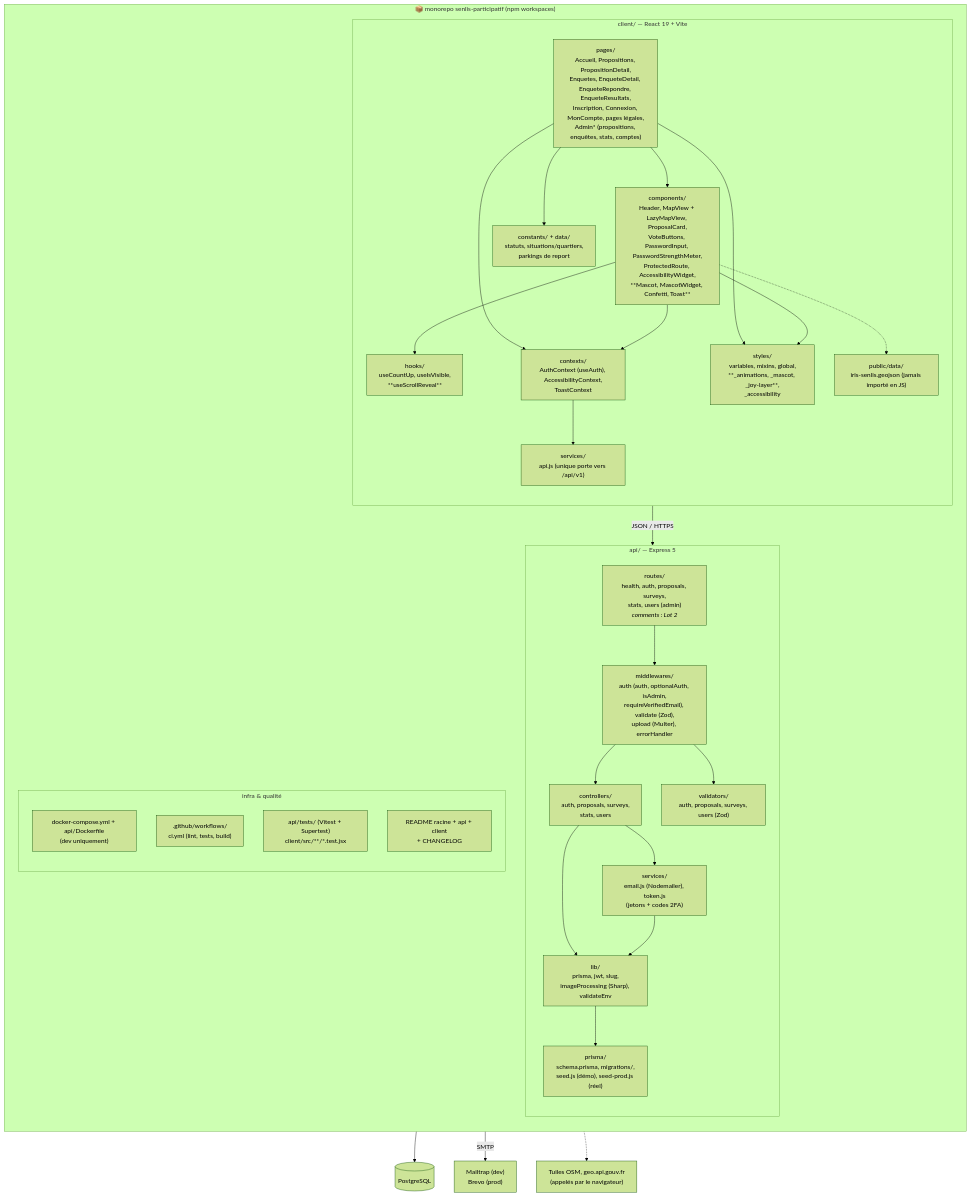
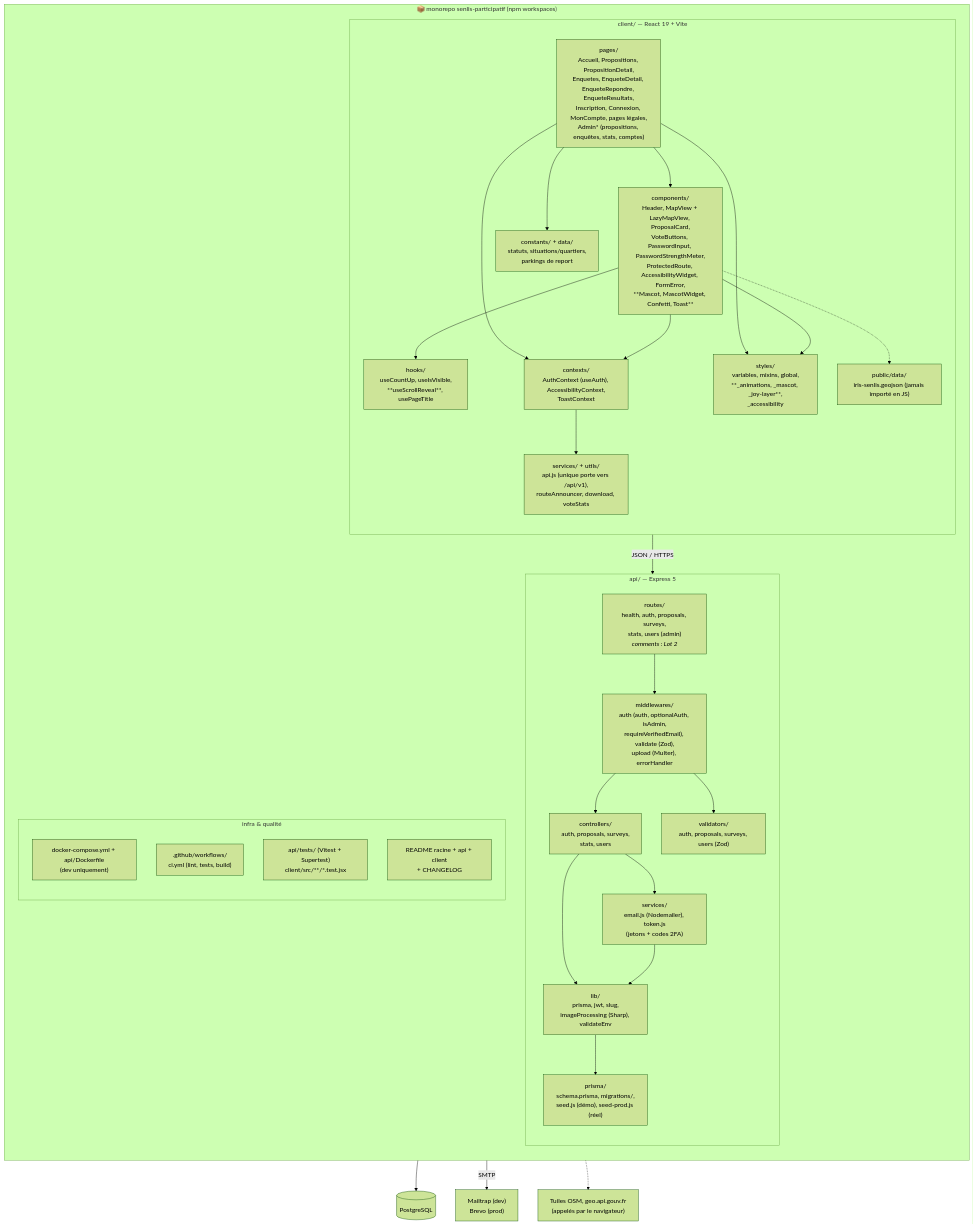
Before and after one commit to Nathalie-Leduc/Senlis-Participatif-docs: the diagram in 13-diagramme-package.md, drawn with Mermaid (forest theme). The commit also changed 6 other files, not shown here.

````diff
--- a/13-diagramme-package.md
+++ b/13-diagramme-package.md
@@ -7,58 +7,58 @@
 ```mermaid
 flowchart TB
     subgraph REPO ["📦 monorepo senlis-participatif (npm workspaces)"]
         direction TB
 
         subgraph CLIENT ["client/ — React 19 + Vite"]
             direction TB
             PAGES["pages/<br/>Accueil, Propositions, PropositionDetail,<br/>Enquetes, EnqueteDetail, EnqueteRepondre, EnqueteResultats,<br/>Inscription, Connexion, MonCompte, pages légales,<br/>Admin* (propositions, enquêtes, stats, comptes)"]
-            COMP["components/<br/>Header, MapView + LazyMapView, ProposalCard,<br/>VoteButtons, PasswordInput, PasswordStrengthMeter,<br/>ProtectedRoute, AccessibilityWidget,<br/>**Mascot, MascotWidget, Confetti, Toast**"]
+            COMP["components/<br/>Header, MapView + LazyMapView, ProposalCard,<br/>VoteButtons, PasswordInput, PasswordStrengthMeter,<br/>ProtectedRoute, AccessibilityWidget, FormError,<br/>**Mascot, MascotWidget, Confetti, Toast**"]
             CTX["contexts/<br/>AuthContext (useAuth), AccessibilityContext,<br/>ToastContext"]
-            HOOKS["hooks/<br/>useCountUp, useIsVisible,<br/>**useScrollReveal**"]
+            HOOKS["hooks/<br/>useCountUp, useIsVisible,<br/>**useScrollReveal**, usePageTitle"]
             CONST["constants/ + data/<br/>statuts, situations/quartiers,<br/>parkings de report"]
-            SRV_C["services/<br/>api.js (unique porte vers /api/v1)"]
+            SRV_C["services/ + utils/<br/>api.js (unique porte vers /api/v1),<br/>routeAnnouncer, download, voteStats"]
             STYLES["styles/<br/>variables, mixins, global,<br/>**_animations, _mascot, _joy-layer**,<br/>_accessibility"]
             PUB["public/data/<br/>iris-senlis.geojson (jamais importé en JS)"]
             PAGES --> COMP --> HOOKS
             PAGES --> CTX --> SRV_C
             COMP --> CTX
             PAGES --> CONST
             PAGES --> STYLES
             COMP --> STYLES
             COMP -.-> PUB
         end
 
         subgraph API ["api/ — Express 5"]
             direction TB
             ROUTES["routes/<br/>health, auth, proposals, surveys,<br/>stats, users (admin)<br/><i>comments : Lot 2</i>"]
             MIDDLE["middlewares/<br/>auth (auth, optionalAuth, isAdmin,<br/>requireVerifiedEmail), validate (Zod),<br/>upload (Multer), errorHandler"]
             CTRL["controllers/<br/>auth, proposals, surveys,<br/>stats, users"]
             SRV_A["services/<br/>email.js (Nodemailer), token.js<br/>(jetons + codes 2FA)"]
             LIB["lib/<br/>prisma, jwt, slug,<br/>imageProcessing (Sharp), validateEnv"]
             VALID["validators/<br/>auth, proposals, surveys, users (Zod)"]
             PRISMA["prisma/<br/>schema.prisma, migrations/,<br/>seed.js (démo), seed-prod.js (réel)"]
             ROUTES --> MIDDLE --> CTRL --> SRV_A
             MIDDLE --> VALID
             CTRL --> LIB
             SRV_A --> LIB
             LIB --> PRISMA
         end
 
         subgraph INFRA ["infra & qualité"]
             direction TB
             DOCKER["docker-compose.yml + api/Dockerfile<br/>(dev uniquement)"]
             CI[".github/workflows/<br/>ci.yml (lint, tests, build)"]
             TESTS["api/tests/ (Vitest + Supertest)<br/>client/src/**/*.test.jsx"]
             DOCS["README racine + api + client<br/>+ CHANGELOG"]
         end
     end
 
     DB[("PostgreSQL")]
     EXT1["Mailtrap (dev)<br/>Brevo (prod)"]
     EXT2["Tuiles OSM, geo.api.gouv.fr<br/>(appelés par le navigateur)"]
 
     SRV_C -- "JSON / HTTPS" --> ROUTES
     PRISMA --> DB
     SRV_A -- "SMTP" --> EXT1
     COMP -.-> EXT2
 ```
````
